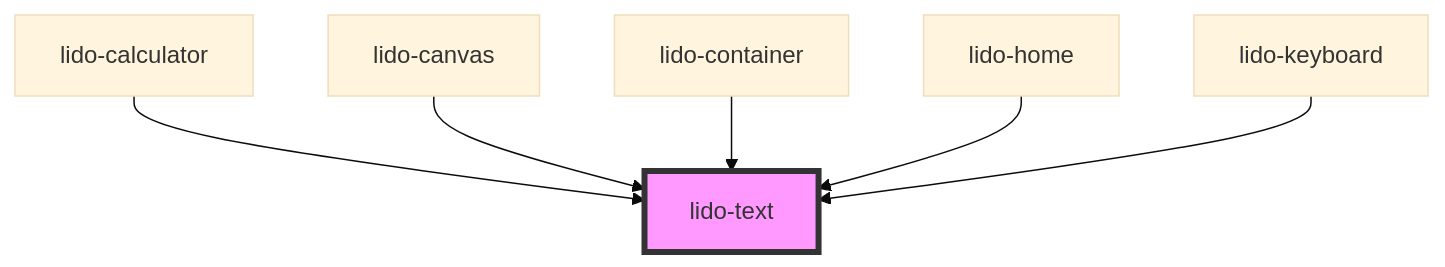
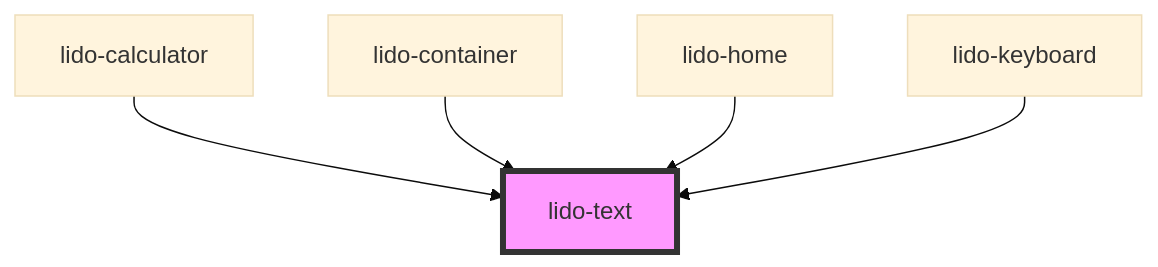
Before and after one commit to chimple/lido-player: the diagram in src/components/text/readme.md, drawn with Mermaid (base theme). The commit also changed other lines of this file and 36 other files, not shown here.

````diff
--- a/src/components/text/readme.md
+++ b/src/components/text/readme.md
@@ -58,9 +57,8 @@
 ```mermaid
 graph TD;
   lido-calculator --> lido-text
-  lido-canvas --> lido-text
   lido-container --> lido-text
   lido-home --> lido-text
   lido-keyboard --> lido-text
   style lido-text fill:#f9f,stroke:#333,stroke-width:4px
 ```
````
